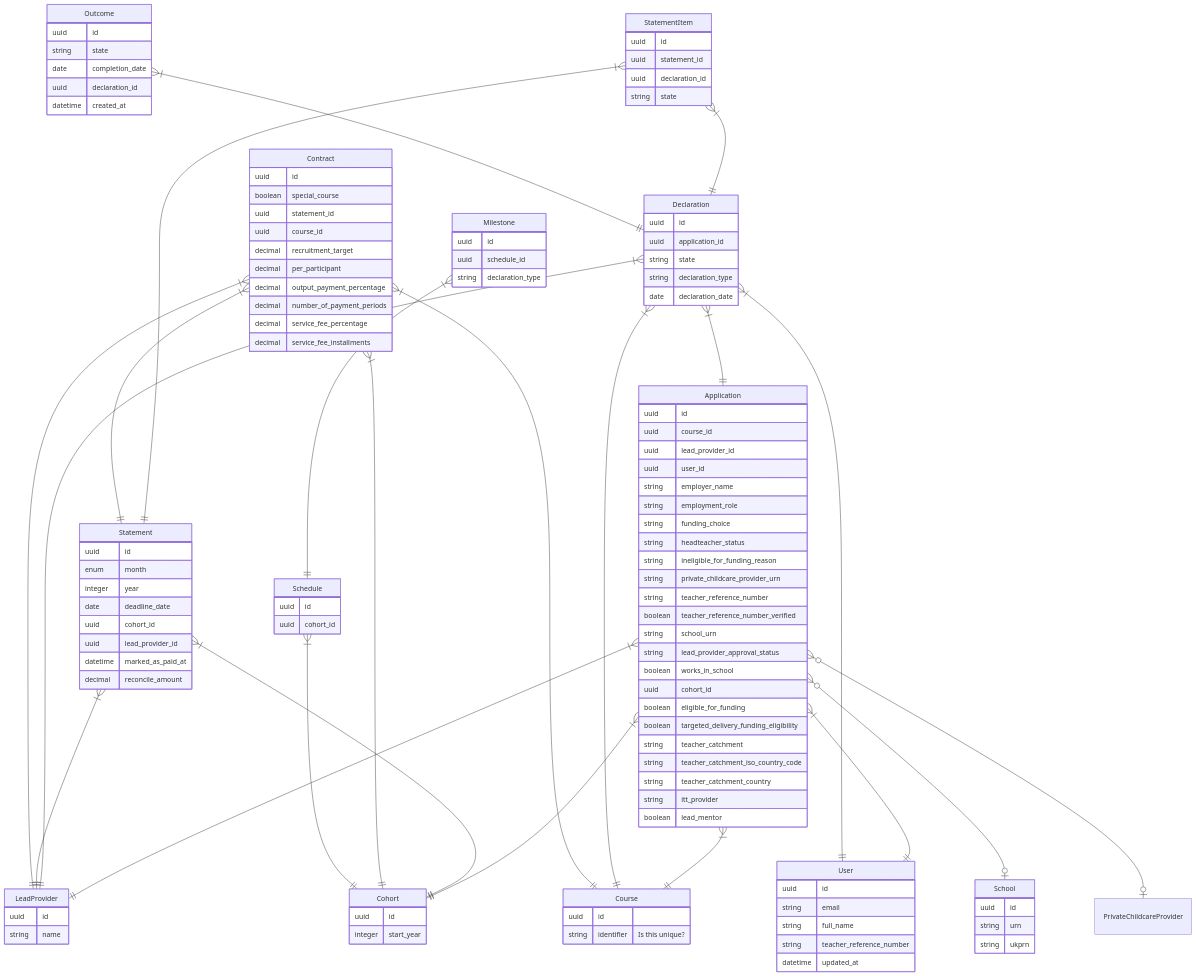
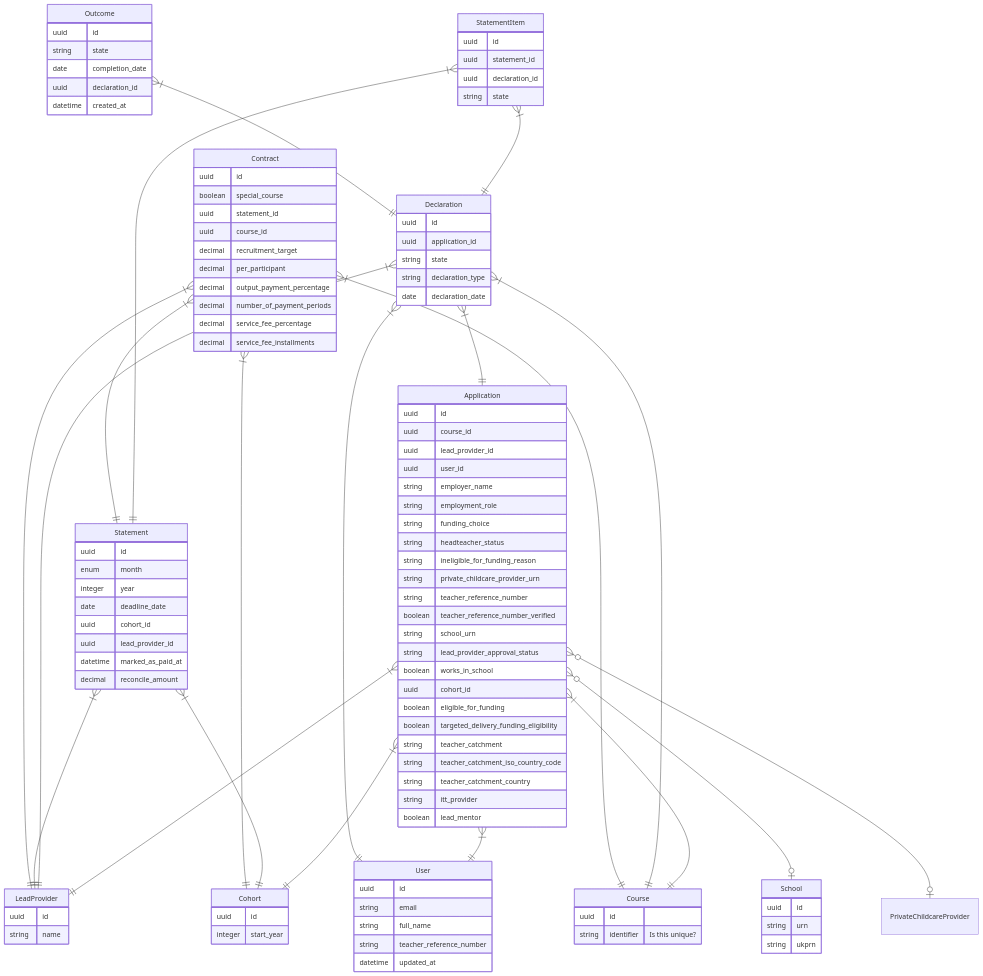
One commit to DFE-Digital/npq-separation changed the second of 4 diagrams in data-modelling.md. Above: the diagram before and after it, drawn with Mermaid. The commit also changed other lines of this file, not shown here.

Commit message:
Drop schedules and milestones from the schema
These are ECF-things and probably overkill for an NPQ-only world

````diff
--- a/data-modelling.md
+++ b/data-modelling.md
@@ -56,10 +56,6 @@
     Contract }|--|| Course : ""
     %% Contract linked to Statement with version
     Contract }|--|| Statement : ""
-
-    Schedule }|--|| Cohort : ""
-
-    Milestone }|--|| Schedule : ""
 
     Outcome }|--|| Declaration : ""
 
@@ -164,15 +160,4 @@
         uuid declaration_id
         string state
     }
-
-    Schedule {
-        uuid id
-        uuid cohort_id
-    }
-
-    Milestone {
-        uuid id
-        uuid schedule_id
-        string declaration_type
-    }
 ```
````
